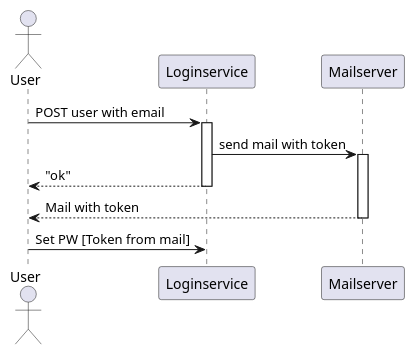
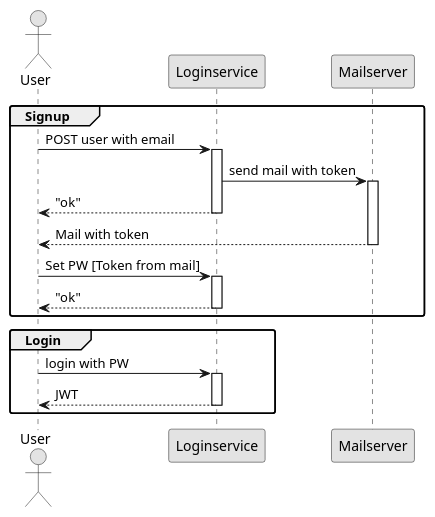
The third of 3 diagrams in README.org (phuhl/apparts-login-server), drawn with PlantUML before and after one commit. The commit also changed other lines of this file and 3 other files, not shown here.

```diff
--- a/README.org
+++ b/README.org
@@ -365,15 +385,29 @@
 #+BEGIN_SRC plantuml :file signup.png :exports results
+skinparam roundcorner 5
+skinparam monochrome true
+skinparam shadowing false
 actor User
 
+group Signup
 User -> Loginservice : POST user with email
 activate Loginservice
 Loginservice -> Mailserver : send mail with token
 activate Mailserver
 User <-- Loginservice : "ok"
 deactivate Loginservice
 User <-- Mailserver : Mail with token
 deactivate Mailserver
 
 User -> Loginservice : Set PW [Token from mail]
+activate Loginservice
+User <-- Loginservice : "ok"
+deactivate Loginservice
+end
 
+group Login
+User -> Loginservice : login with PW
+activate Loginservice
+User <-- Loginservice : JWT
+deactivate Loginservice
+end
 #+END_SRC
```
